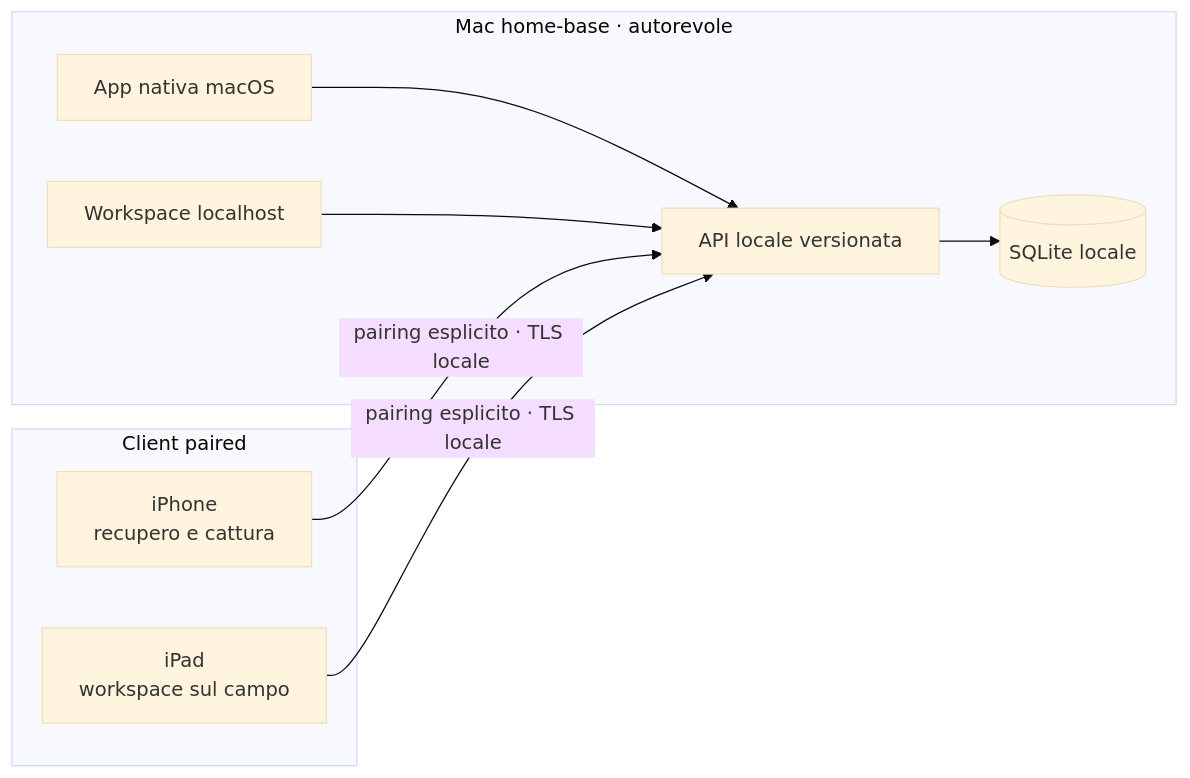
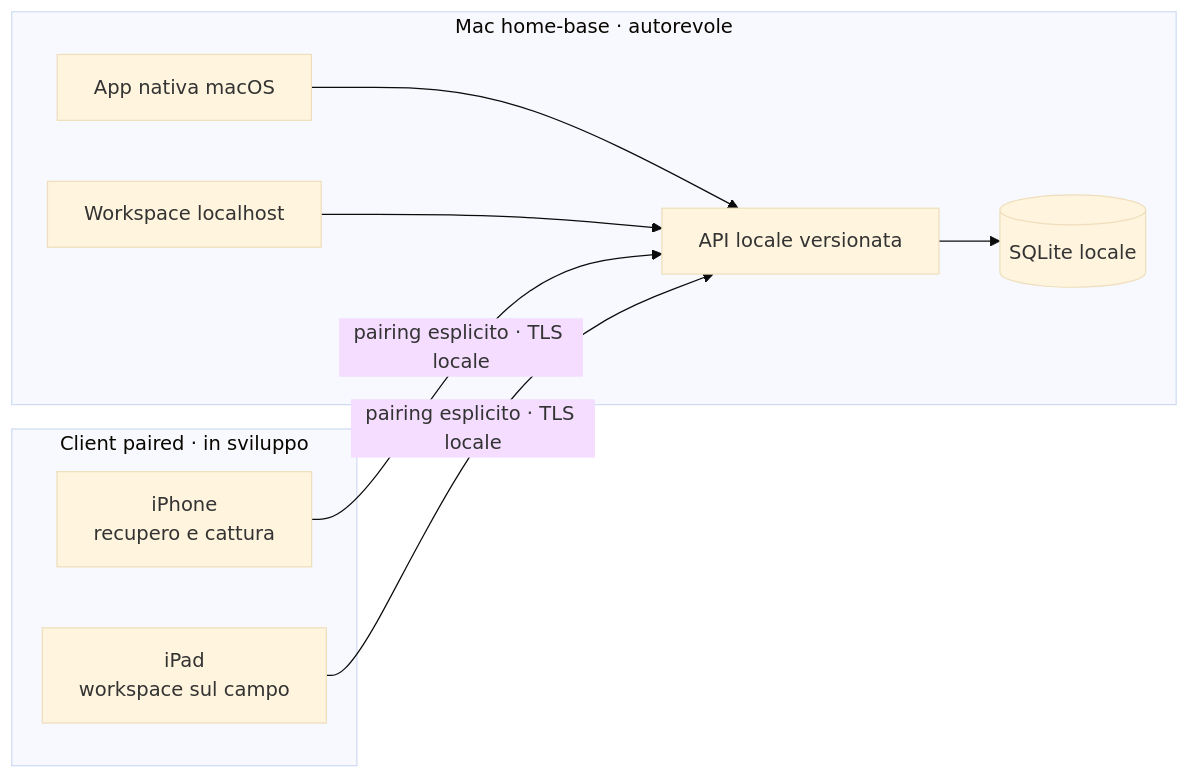
One commit to Wulfgardr/mediflow changed the first of 2 diagrams in README.md. Above: the diagram before and after it, drawn with Mermaid (base theme). The commit also changed other lines of this file, not shown here.

````diff
--- a/README.md
+++ b/README.md
@@ -111,18 +83,18 @@
 ```mermaid
 flowchart LR
-    subgraph paired["Client paired"]
+    subgraph paired["Client paired · in sviluppo"]
         iphone["iPhone<br/>recupero e cattura"]
         ipad["iPad<br/>workspace sul campo"]
     end
     subgraph mac["Mac home-base · autorevole"]
         native["App nativa macOS"]
         web["Workspace localhost"]
         api["API locale versionata"]
         db[("SQLite locale")]
         native --> api
         web --> api
         api --> db
     end
     iphone -- "pairing esplicito · TLS locale" --> api
     ipad -- "pairing esplicito · TLS locale" --> api
 ```
````
